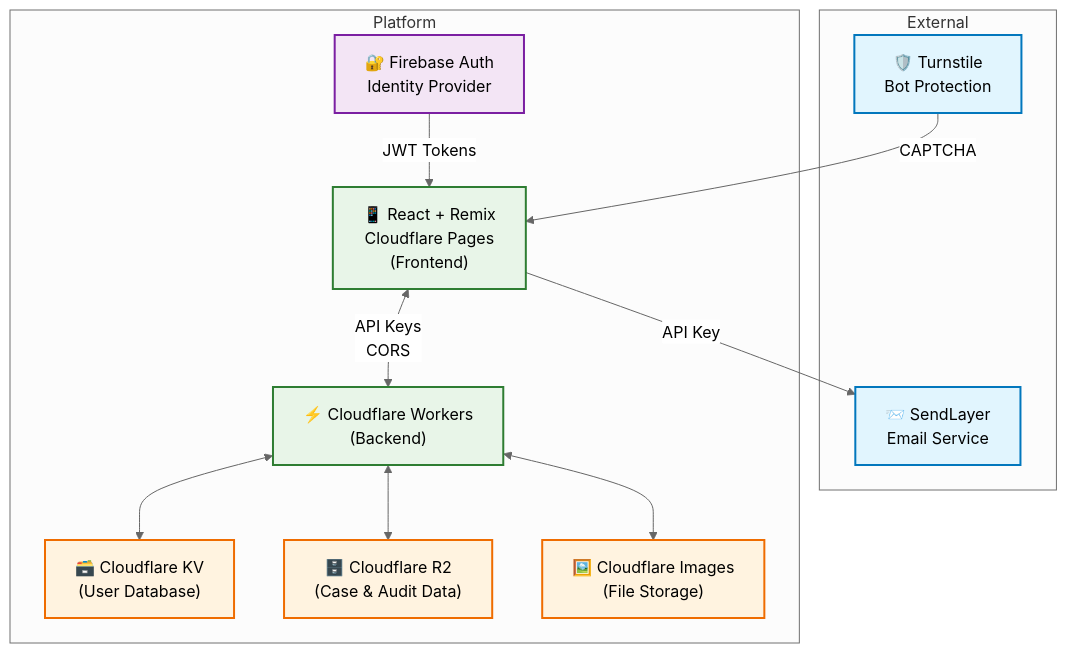
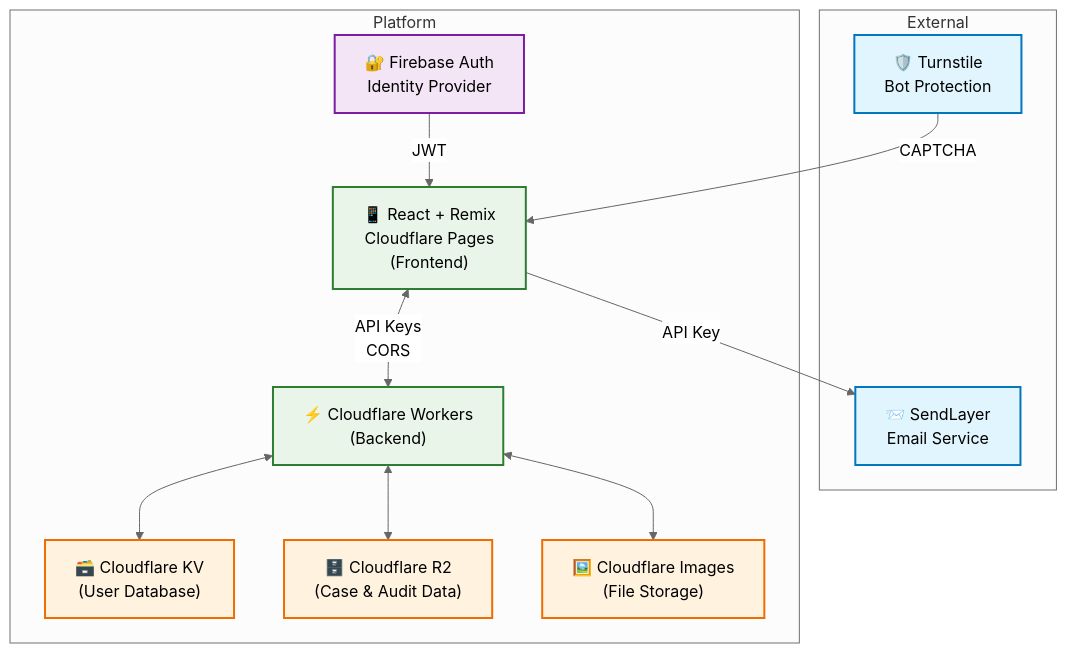
One commit to striae-org/striae-dev changed the diagram in guides/developers/ARCHITECTURE.md. Above: the diagram before and after it, drawn with Mermaid (neutral theme).

Commit message:
edit JWT

````diff
--- a/guides/developers/ARCHITECTURE.md
+++ b/guides/developers/ARCHITECTURE.md
@@ -63,49 +63,49 @@
 ```mermaid
 graph TB
     %% External Services (Top Level) - Force positioning with subgraph
     subgraph "External"
         Turnstile["🛡️ Turnstile<br/>Bot Protection"]
         SendLayer["📨 SendLayer<br/>Email Service"]
     end
     
     %% Platform Services
     subgraph "Platform"
         %% Authentication Layer
         Firebase["🔐 Firebase Auth<br/>Identity Provider"]
         
         %% Application Layer - Frontend
         Frontend["📱 React + Remix<br/>Cloudflare Pages<br/>(Frontend)"]
         
         %% Application Layer - Backend
         Backend["⚡ Cloudflare Workers<br/>(Backend)"]
         
         %% Storage Layer
         KV["🗃️ Cloudflare KV<br/>(User Database)"]
         R2["🗄️ Cloudflare R2<br/>(Case & Audit Data)"]
         Images["🖼️ Cloudflare Images<br/>(File Storage)"]
     end
     
     %% Authentication Flow
-    Firebase -->|JWT Tokens| Frontend
+    Firebase -->|JWT| Frontend
     Turnstile -->|CAPTCHA| Frontend
     Frontend -->|API Key| SendLayer
     
     %% Application Communication
     Frontend <-->|API Keys<br />CORS| Backend
     
     %% Storage Connections
     Backend <--> KV
     Backend <--> R2
     Backend <--> Images
     
     %% Styling
     classDef external fill:#e1f5fe,stroke:#0277bd,stroke-width:2px
     classDef auth fill:#f3e5f5,stroke:#7b1fa2,stroke-width:2px
     classDef app fill:#e8f5e8,stroke:#2e7d32,stroke-width:2px
     classDef storage fill:#fff3e0,stroke:#ef6c00,stroke-width:2px
     
     class Turnstile,SendLayer external
     class Firebase auth
     class Frontend,Backend app
     class KV,R2,Images storage
 ```
````
